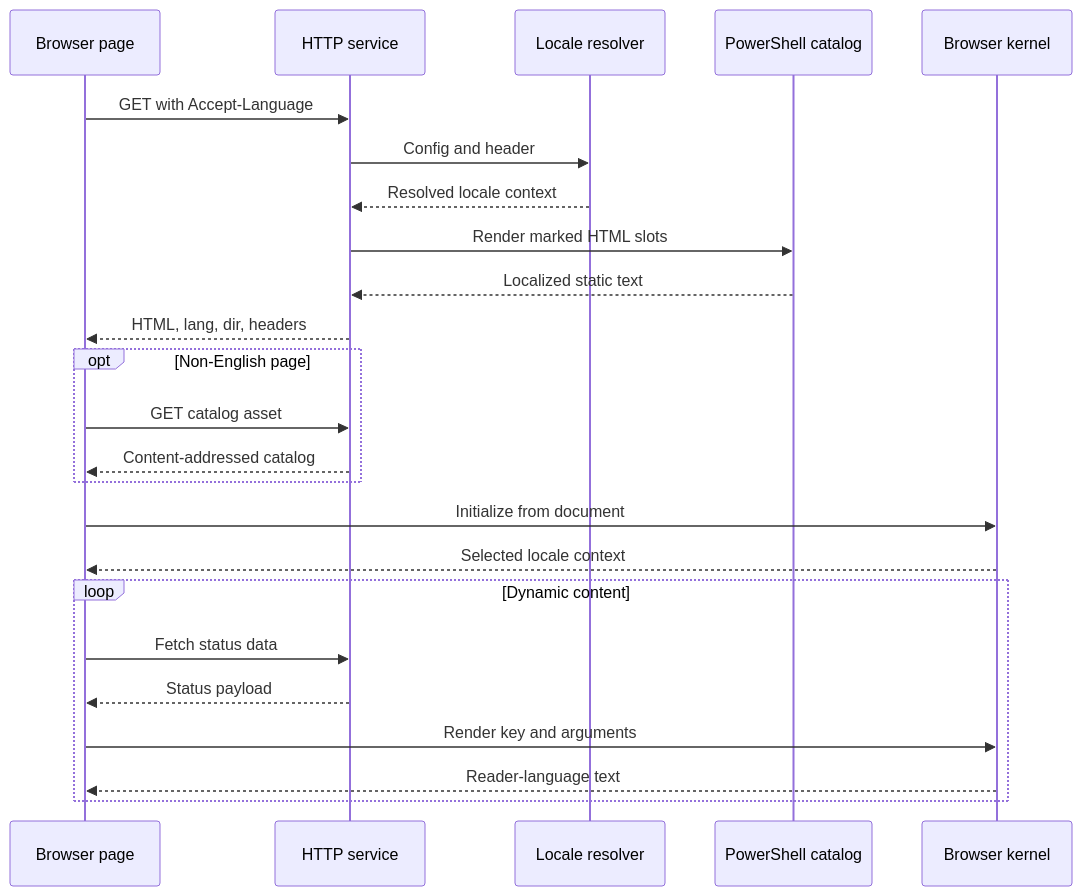
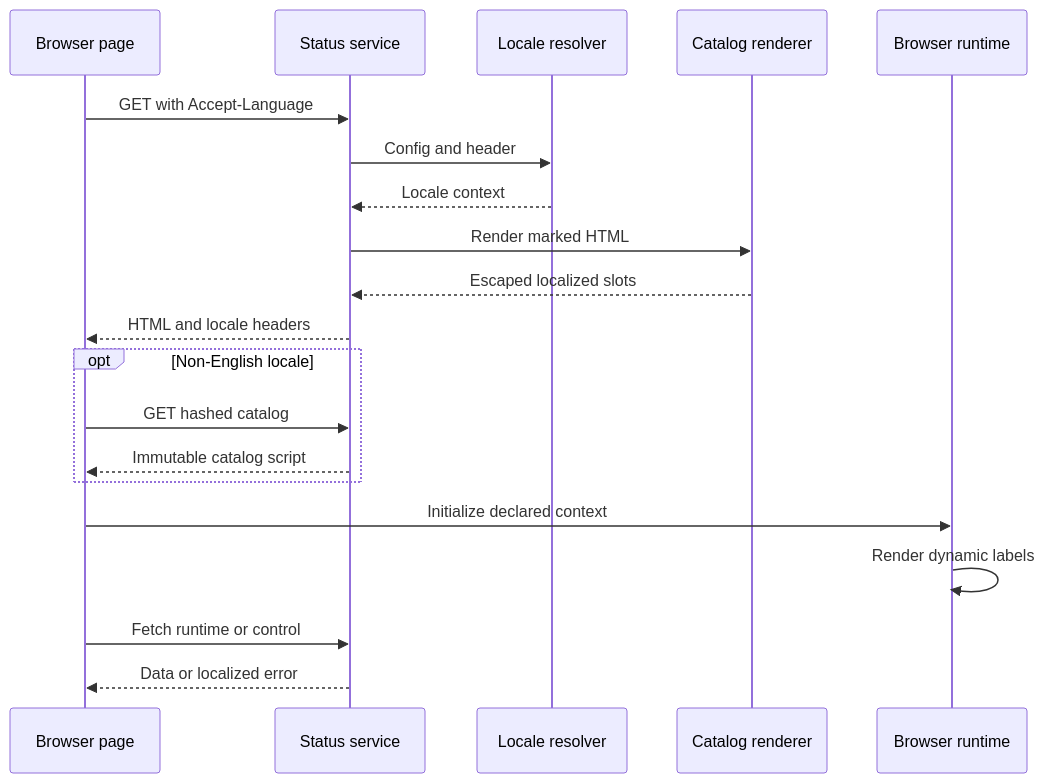
Before and after one commit to alissonsol/yuruna: the second of 3 diagrams in docs/design/07-globalization.md, drawn with Mermaid. The commit also changed other lines of this file and 1343 other files, not shown here.

````diff
--- a/docs/design/07-globalization.md
+++ b/docs/design/07-globalization.md
@@ -103,26 +114,22 @@
 ```mermaid
 sequenceDiagram
     participant index-html as Browser page
-    participant start-statusservice-ps1 as HTTP service
+    participant start-status-service-ps1 as Status service
     participant test-locale-psm1 as Locale resolver
-    participant test-catalog-psm1 as PowerShell catalog
-    participant yuruna-i18n-js as Browser kernel
-    index-html->>start-statusservice-ps1: GET with Accept-Language
-    start-statusservice-ps1->>test-locale-psm1: Config and header
-    test-locale-psm1-->>start-statusservice-ps1: Resolved locale context
-    start-statusservice-ps1->>test-catalog-psm1: Render marked HTML slots
-    test-catalog-psm1-->>start-statusservice-ps1: Localized static text
-    start-statusservice-ps1-->>index-html: HTML, lang, dir, headers
-    opt Non-English page
-        index-html->>start-statusservice-ps1: GET catalog asset
-        start-statusservice-ps1-->>index-html: Content-addressed catalog
+    participant test-catalog-psm1 as Catalog renderer
+    participant yuruna-common-js as Browser runtime
+    index-html->>start-status-service-ps1: GET with Accept-Language
+    start-status-service-ps1->>test-locale-psm1: Config and header
+    test-locale-psm1-->>start-status-service-ps1: Locale context
+    start-status-service-ps1->>test-catalog-psm1: Render marked HTML
+    test-catalog-psm1-->>start-status-service-ps1: Escaped localized slots
+    start-status-service-ps1-->>index-html: HTML and locale headers
+    opt Non-English locale
+        index-html->>start-status-service-ps1: GET hashed catalog
+        start-status-service-ps1-->>index-html: Immutable catalog script
     end
-    index-html->>yuruna-i18n-js: Initialize from document
-    yuruna-i18n-js-->>index-html: Selected locale context
-    loop Dynamic content
-        index-html->>start-statusservice-ps1: Fetch status data
-        start-statusservice-ps1-->>index-html: Status payload
-        index-html->>yuruna-i18n-js: Render key and arguments
-        yuruna-i18n-js-->>index-html: Reader-language text
-    end
+    index-html->>yuruna-common-js: Initialize declared context
+    yuruna-common-js->>yuruna-common-js: Render dynamic labels
+    index-html->>start-status-service-ps1: Fetch runtime or control
+    start-status-service-ps1-->>index-html: Data or localized error
 ```
````
